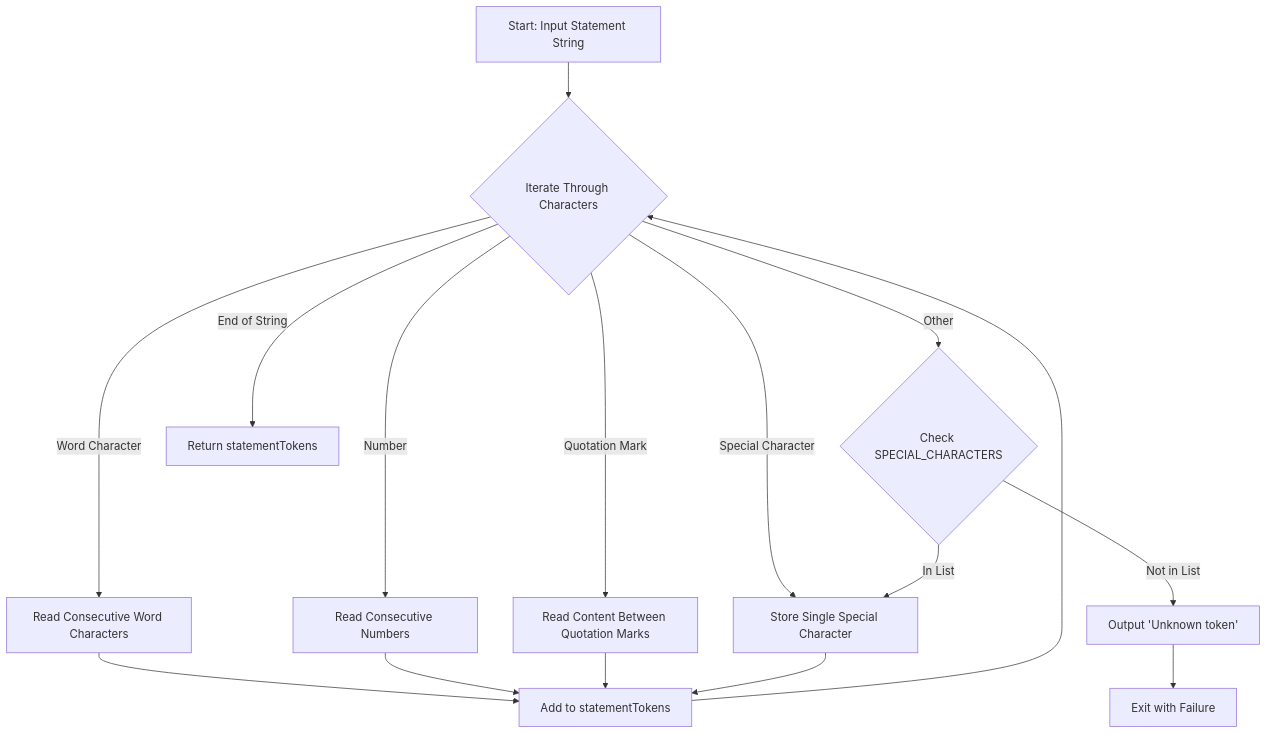
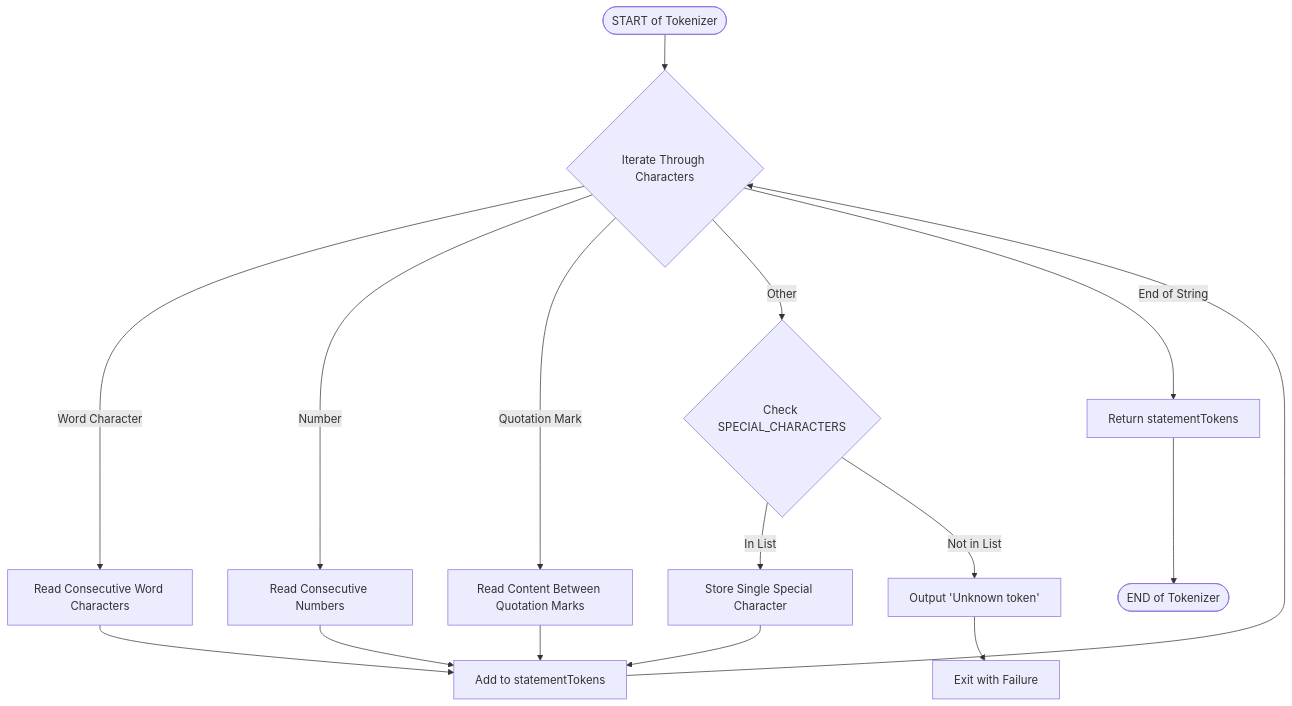
The diagram in flowcharts/tokenizer.mmd (Kemystra/cp6114-light-maria-db), drawn with Mermaid before and after one commit.

Commit message:
Minor errors from Claude AI generated code

```diff
--- a/flowcharts/tokenizer.mmd
+++ b/flowcharts/tokenizer.mmd
@@ -1,19 +1,19 @@
  flowchart TD
-    A[Start: Input Statement String] --> B{Iterate Through Characters}
+    A([START of Tokenizer]) --> B{Iterate Through Characters}
     B --> |Word Character| C[Read Consecutive Word Characters]
     B --> |Number| D[Read Consecutive Numbers]
     B --> |Quotation Mark| E[Read Content Between Quotation Marks]
-    B --> |Special Character| F[Store Single Special Character]
     B --> |Other| G{Check SPECIAL_CHARACTERS}
     
     C --> H[Add to statementTokens]
     D --> H
     E --> H
     F --> H
     
-    G --> |In List| F
+    G --> |In List| F[Store Single Special Character]
     G --> |Not in List| I[Output 'Unknown token']
     
     H --> B
     B --> |End of String| J[Return statementTokens]
     I --> K[Exit with Failure]
+    J --> L([END of Tokenizer])
```
